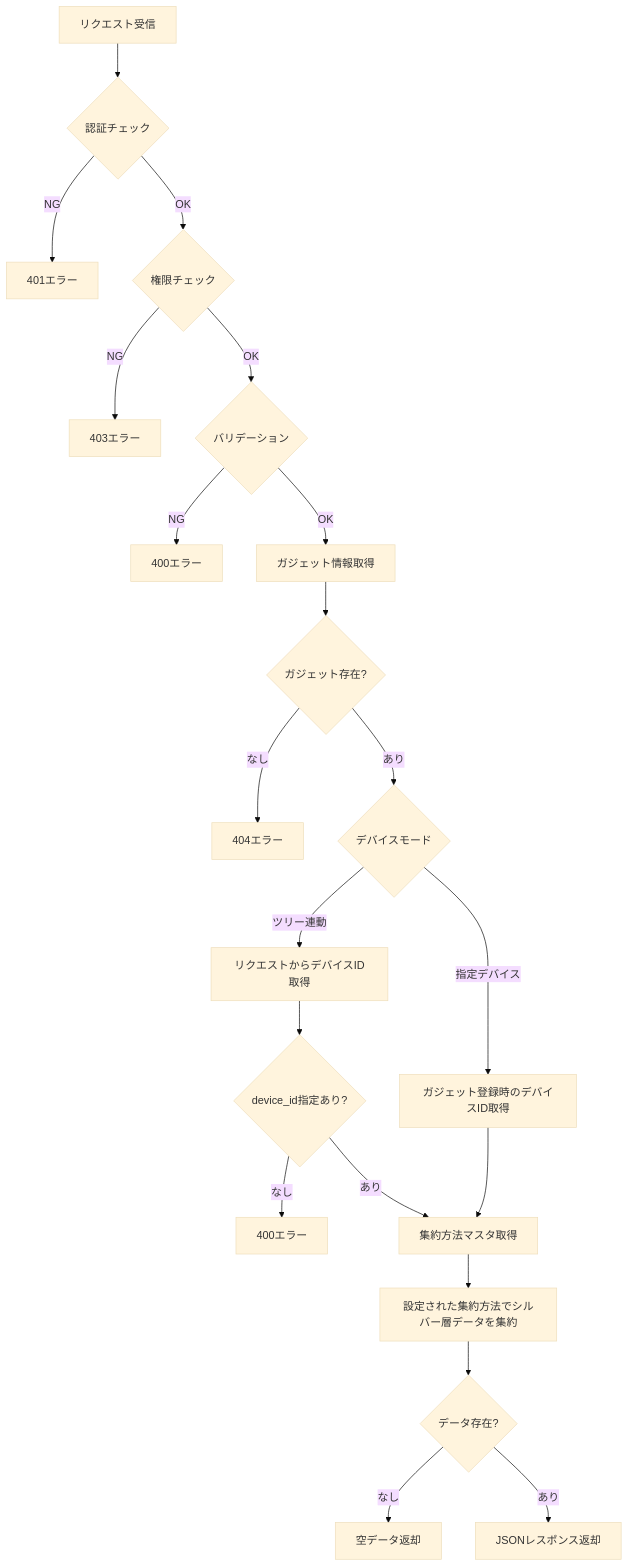
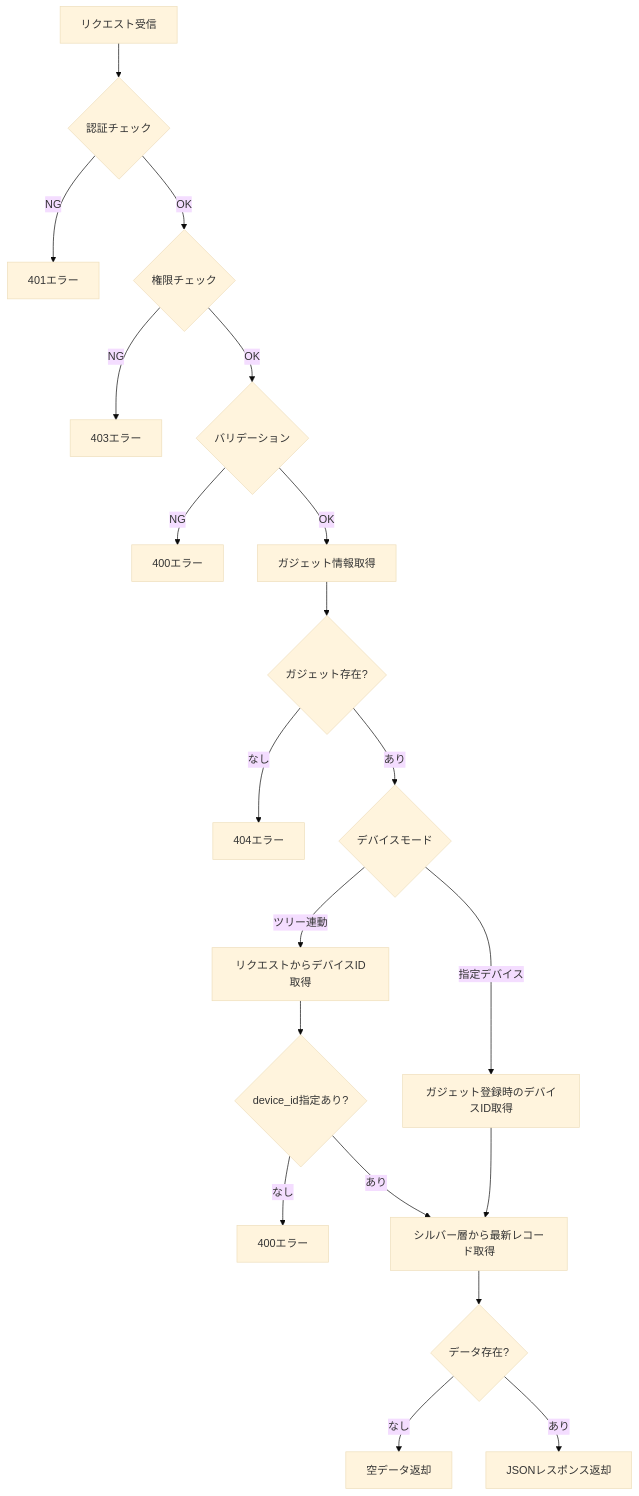
One commit to NSW-SVCP-AIWG002/Databricks-IoT changed the third of 5 diagrams in docs/03-features/flask-app/dashboard-circle/workflow-specification.md. Above: the diagram before and after it, drawn with Mermaid (base theme). The commit also changed other lines of this file and 1 other file, not shown here.

````diff
--- a/docs/03-features/flask-app/dashboard-circle/workflow-specification.md
+++ b/docs/03-features/flask-app/dashboard-circle/workflow-specification.md
@@ -424,23 +417,22 @@
 ```mermaid
 flowchart TD
     A[リクエスト受信] --> B{認証チェック}
     B -->|NG| C[401エラー]
     B -->|OK| D{権限チェック}
     D -->|NG| E[403エラー]
     D -->|OK| F{バリデーション}
     F -->|NG| G[400エラー]
     F -->|OK| H[ガジェット情報取得]
     H --> I{ガジェット存在?}
     I -->|なし| J[404エラー]
     I -->|あり| K{デバイスモード}
     K -->|指定デバイス| L[ガジェット登録時のデバイスID取得]
     K -->|ツリー連動| M[リクエストからデバイスID取得]
     M --> N{device_id指定あり?}
     N -->|なし| O[400エラー]
-    N -->|あり| P[集約方法マスタ取得]
+    N -->|あり| P[シルバー層から最新レコード取得]
     L --> P
-    P --> Q[設定された集約方法でシルバー層データを集約]
-    Q --> R{データ存在?}
-    R -->|なし| S[空データ返却]
-    R -->|あり| T[JSONレスポンス返却]
+    P --> Q{データ存在?}
+    Q -->|なし| R[空データ返却]
+    Q -->|あり| S[JSONレスポンス返却]
 ```
````
